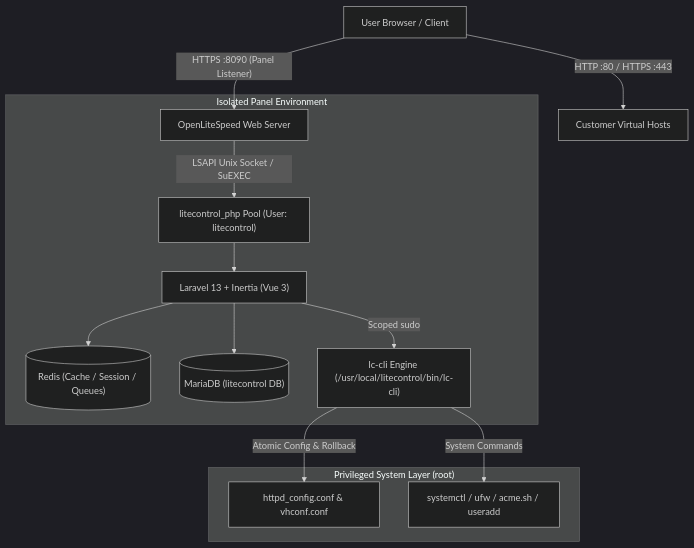
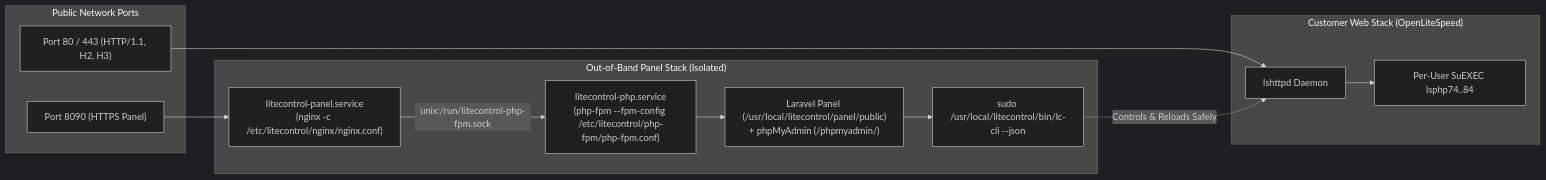
Before and after one commit to i1yaz/LiteControl: the diagram in README.md, drawn with Mermaid (dark theme). The commit also changed other lines of this file and 1 other file, not shown here.

Commit message:
docs: update README with upgrade instructions, version tags, and out-of-band architecture

````diff
--- a/README.md
+++ b/README.md
@@ -75,18 +79,23 @@
 ```mermaid
-flowchart TD
-    Client["User Browser / Client"] -->|"HTTPS :8090 (Panel Listener)"| OLS["OpenLiteSpeed Web Server"]
-    Client -->|"HTTP :80 / HTTPS :443"| VHosts["Customer Virtual Hosts"]
-    
-    subgraph PanelStack["Isolated Panel Environment"]
-        OLS -->|"LSAPI Unix Socket / SuEXEC"| LSAPI["litecontrol_php Pool (User: litecontrol)"]
-        LSAPI --> Laravel["Laravel 13 + Inertia (Vue 3)"]
-        Laravel --> Redis[("Redis (Cache / Session / Queues)")]
-        Laravel --> MariaDB[("MariaDB (litecontrol DB)")]
-        Laravel -->|"Scoped sudo"| CLI["lc-cli Engine (/usr/local/litecontrol/bin/lc-cli)"]
+flowchart LR
+    subgraph Ports["Public Network Ports"]
+        P80["Port 80 / 443 (HTTP/1.1, H2, H3)"]
+        P8090["Port 8090 (HTTPS Panel)"]
     end
-    
-    subgraph SystemExecution["Privileged System Layer (root)"]
-        CLI -->|"Atomic Config & Rollback"| OLSConf["httpd_config.conf & vhconf.conf"]
-        CLI -->|"System Commands"| SystemCtl["systemctl / ufw / acme.sh / useradd"]
+
+    subgraph OLS["Customer Web Stack (OpenLiteSpeed)"]
+        LSHTTPD["lshttpd Daemon"]
+        LSPHP["Per-User SuEXEC lsphp74..84"]
+        P80 --> LSHTTPD --> LSPHP
     end
+
+    subgraph PanelStack["Out-of-Band Panel Stack (Isolated)"]
+        NGINX["litecontrol-panel.service\n(nginx -c /etc/litecontrol/nginx/nginx.conf)"]
+        FPM["litecontrol-php.service\n(php-fpm --fpm-config /etc/litecontrol/php-fpm/php-fpm.conf)"]
+        LARAVEL["Laravel Panel (/usr/local/litecontrol/panel/public)\n+ phpMyAdmin (/phpmyadmin/)"]
+        LCCLI["sudo /usr/local/litecontrol/bin/lc-cli --json"]
+        P8090 --> NGINX -->|"unix:/run/litecontrol-php-fpm.sock"| FPM --> LARAVEL --> LCCLI
+    end
+
+    LCCLI -.->|"Controls & Reloads Safely"| LSHTTPD
 ```
````
